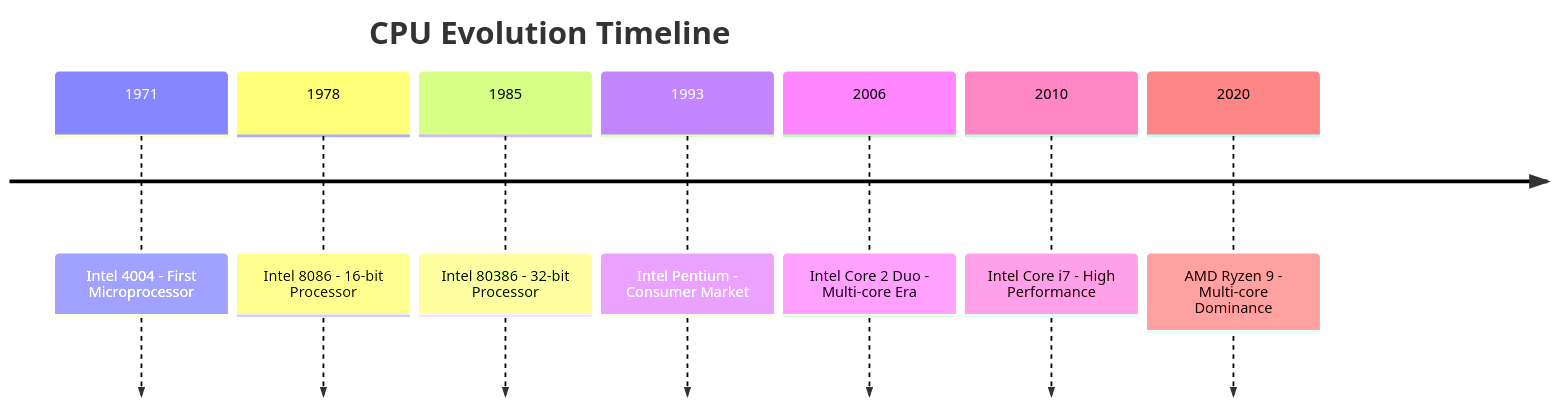
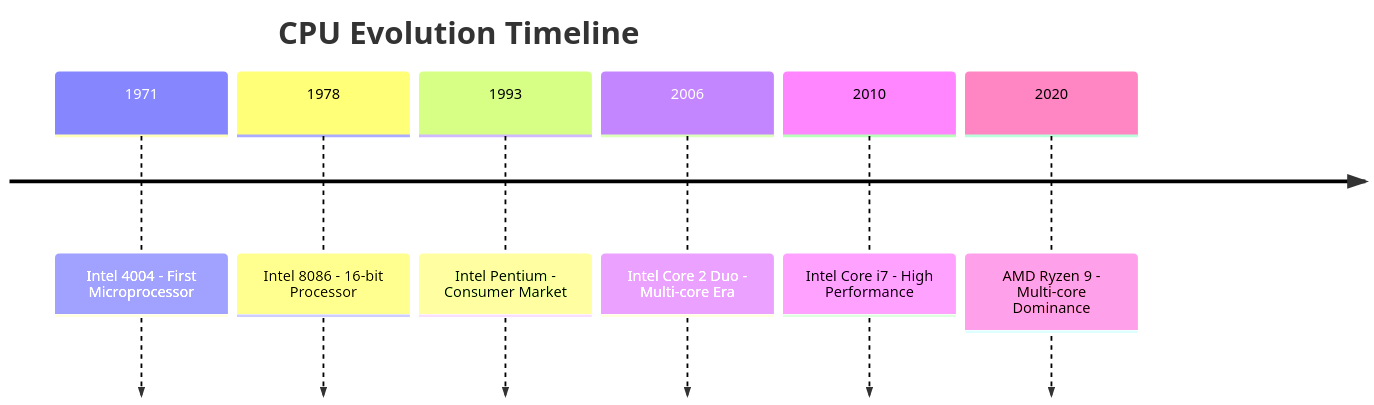
One commit to kcodedev/mkdocs changed the diagram in docs/IG/3-hardware/computer-architecture/cpu-role.md. Above: the diagram before and after it, drawn with Mermaid. The commit also changed 2 other files, not shown here.

````diff
--- a/docs/IG/3-hardware/computer-architecture/cpu-role.md
+++ b/docs/IG/3-hardware/computer-architecture/cpu-role.md
@@ -34,11 +34,10 @@
 ```mermaid
 timeline
     title CPU Evolution Timeline
     1971 : Intel 4004 - First Microprocessor
     1978 : Intel 8086 - 16-bit Processor
-    1985 : Intel 80386 - 32-bit Processor
     1993 : Intel Pentium - Consumer Market
     2006 : Intel Core 2 Duo - Multi-core Era
     2010 : Intel Core i7 - High Performance
     2020 : AMD Ryzen 9 - Multi-core Dominance
 ```
````
